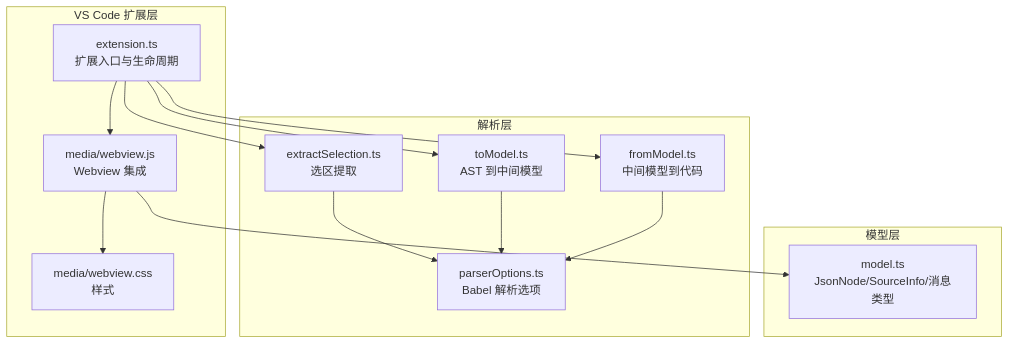
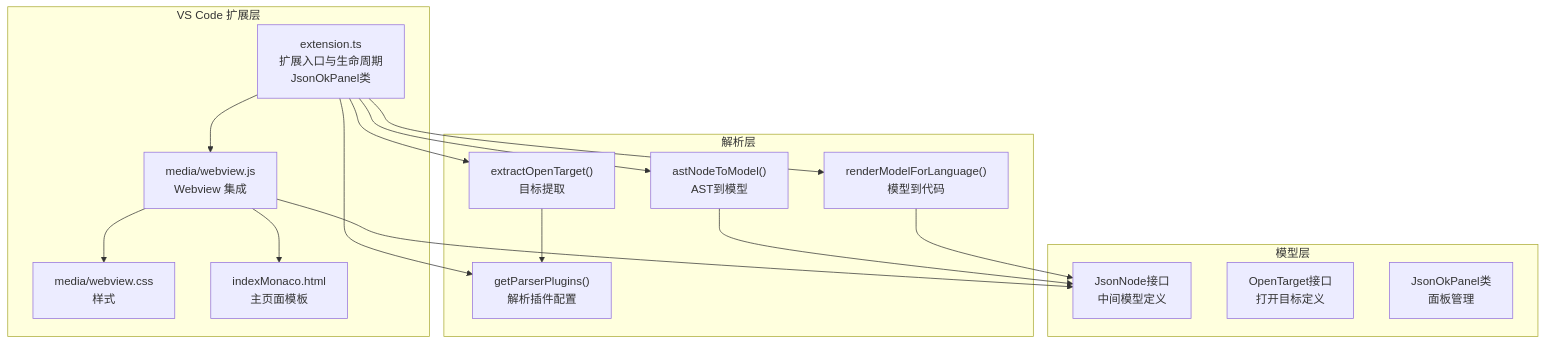
The first of 9 diagrams in .qoder/repowiki/zh/content/核心架构设计/核心架构设计.md (meiok1/wysjson), drawn with Mermaid before and after one commit. The commit also changed other lines of this file and 45 other files, not shown here.

````diff
--- a/.qoder/repowiki/zh/content/核心架构设计/核心架构设计.md
+++ b/.qoder/repowiki/zh/content/核心架构设计/核心架构设计.md
@@ -42,26 +48,31 @@
 ```mermaid
 graph TB
 subgraph "VS Code 扩展层"
-EXT["extension.ts<br/>扩展入口与生命周期"]
+EXT["extension.ts<br/>扩展入口与生命周期<br/>JsonOkPanel类"]
 WEBVIEW["media/webview.js<br/>Webview 集成"]
 CSS["media/webview.css<br/>样式"]
+HTML["indexMonaco.html<br/>主页面模板"]
 end
 subgraph "解析层"
-EXTRACT["extractSelection.ts<br/>选区提取"]
-TO_MODEL["toModel.ts<br/>AST 到中间模型"]
-FROM_MODEL["fromModel.ts<br/>中间模型到代码"]
-PARSER_OPTS["parserOptions.ts<br/>Babel 解析选项"]
+TARGET["extractOpenTarget()<br/>目标提取"]
+AST2M["astNodeToModel()<br/>AST到模型"]
+M2CODE["renderModelForLanguage()<br/>模型到代码"]
+PLUGINS["getParserPlugins()<br/>解析插件配置"]
 end
 subgraph "模型层"
-MODEL["model.ts<br/>JsonNode/SourceInfo/消息类型"]
+MODEL["JsonNode接口<br/>中间模型定义"]
+OPEN_TARGET["OpenTarget接口<br/>打开目标定义"]
+ENDPOINT["JsonOkPanel类<br/>面板管理"]
 end
-EXT --> EXTRACT
-EXT --> TO_MODEL
-EXT --> FROM_MODEL
+EXT --> TARGET
+EXT --> AST2M
+EXT --> M2CODE
+EXT --> PLUGINS
 EXT --> WEBVIEW
 WEBVIEW --> MODEL
 WEBVIEW --> CSS
-EXTRACT --> PARSER_OPTS
-TO_MODEL --> PARSER_OPTS
-FROM_MODEL --> PARSER_OPTS
+WEBVIEW --> HTML
+TARGET --> PLUGINS
+AST2M --> MODEL
+M2CODE --> MODEL
 ```
````
